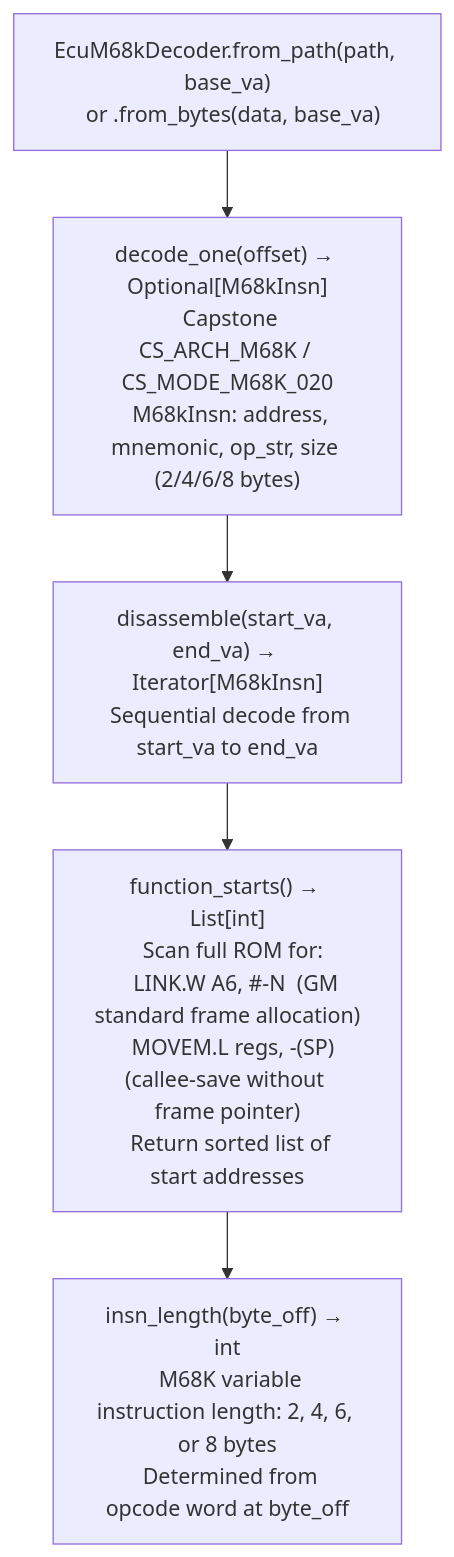
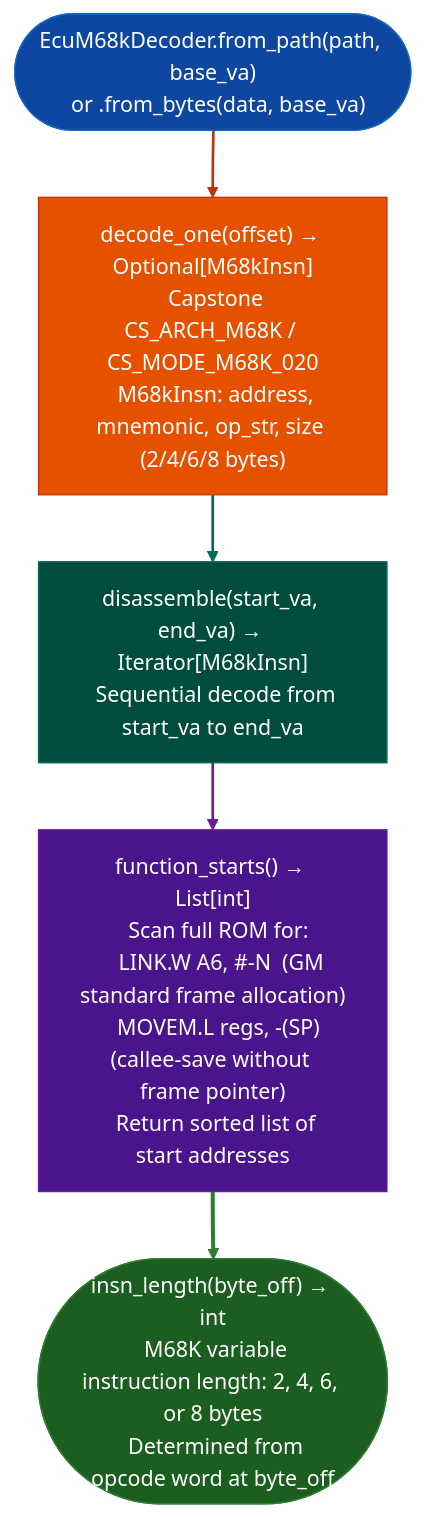
Before and after one commit to Ablation-Tool/ablation: the diagram in docs/reference-modules/m68k-cpu32-decoding.md, drawn with Mermaid. The commit also changed 320 other files, not shown here.

First line of the commit message:
docs: apply canonical Mermaid template to all 321 diagrams

````diff
--- a/docs/reference-modules/m68k-cpu32-decoding.md
+++ b/docs/reference-modules/m68k-cpu32-decoding.md
@@ -19,7 +19,17 @@
 ```mermaid
 flowchart TD
-    A["EcuM68kDecoder.from_path(path, base_va)\n  or .from_bytes(data, base_va)"] --> B["decode_one(offset) → Optional[M68kInsn]\n  Capstone CS_ARCH_M68K / CS_MODE_M68K_020\n  M68kInsn: address, mnemonic, op_str, size (2/4/6/8 bytes)"]
-    B --> C["disassemble(start_va, end_va) → Iterator[M68kInsn]\n  Sequential decode from start_va to end_va"]
-    C --> D["function_starts() → List[int]\n  Scan full ROM for:\n    LINK.W A6, #-N  (GM standard frame allocation)\n    MOVEM.L regs, -(SP)  (callee-save without frame pointer)\n  Return sorted list of start addresses"]
-    D --> E["insn_length(byte_off) → int\n  M68K variable instruction length: 2, 4, 6, or 8 bytes\n  Determined from opcode word at byte_off"]
+    A(["EcuM68kDecoder.from_path(path, base_va)\n  or .from_bytes(data, base_va)"]):::input --> B["decode_one(offset) → Optional[M68kInsn]\n  Capstone CS_ARCH_M68K / CS_MODE_M68K_020\n  M68kInsn: address, mnemonic, op_str, size (2/4/6/8 bytes)"]:::primary
+    B:::primary --> C["disassemble(start_va, end_va) → Iterator[M68kInsn]\n  Sequential decode from start_va to end_va"]:::secondary
+    C:::secondary --> D["function_starts() → List[int]\n  Scan full ROM for:\n    LINK.W A6, #-N  (GM standard frame allocation)\n    MOVEM.L regs, -(SP)  (callee-save without frame pointer)\n  Return sorted list of start addresses"]:::tertiary
+    D:::tertiary --> E(["insn_length(byte_off) → int\n  M68K variable instruction length: 2, 4, 6, or 8 bytes\n  Determined from opcode word at byte_off"]):::output
+    classDef input     fill:#0d47a1,stroke:#1565c0,color:#fff
+    classDef primary   fill:#e65100,stroke:#bf360c,color:#fff
+    classDef secondary fill:#004d40,stroke:#00695c,color:#fff
+    classDef tertiary  fill:#4a148c,stroke:#6a1b9a,color:#fff
+    classDef neutral   fill:#37474f,stroke:#546e7a,color:#fff
+    classDef output    fill:#1b5e20,stroke:#2e7d32,color:#fff
+    linkStyle 0 stroke:#bf360c,stroke-width:2px
+    linkStyle 1 stroke:#00695c,stroke-width:2px
+    linkStyle 2 stroke:#6a1b9a,stroke-width:2px
+    linkStyle 3 stroke:#2e7d32,stroke-width:3px
 ```
````
